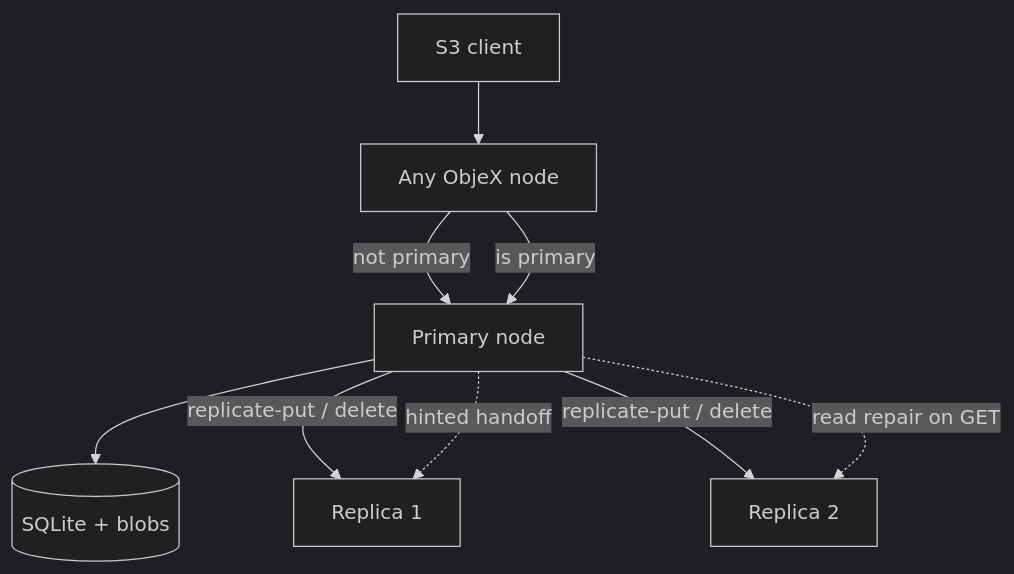
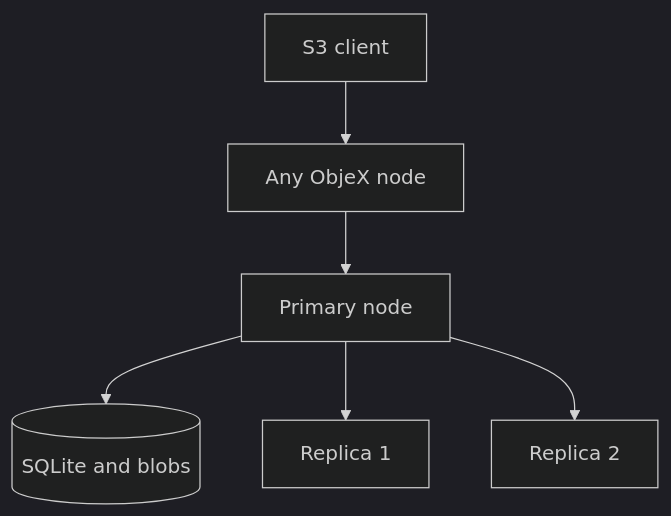
The diagram in README.md (VishalPainjane/ObjeX), drawn with Mermaid (dark theme) before and after one commit. The commit also changed other lines of this file, not shown here.

Commit message:
docs: fix cluster mode Mermaid diagram for GitHub rendering

````diff
--- a/README.md
+++ b/README.md
@@ -80,18 +80,8 @@
 ```mermaid
 flowchart TB
-  C[S3 client]
-  N[Any ObjeX node]
-  P[Primary node]
-  R1[Replica 1]
-  R2[Replica 2]
-  M[(SQLite + blobs)]
-
-  C --> N
-  N -->|not primary| P
-  N -->|is primary| P
-  P --> M
-  P -->|replicate-put / delete| R1
-  P -->|replicate-put / delete| R2
-  P -.->|hinted handoff| R1
-  P -.->|read repair on GET| R2
+  C[S3 client] --> N[Any ObjeX node]
+  N --> P[Primary node]
+  P --> M[(SQLite and blobs)]
+  P --> R1[Replica 1]
+  P --> R2[Replica 2]
 ```
````
